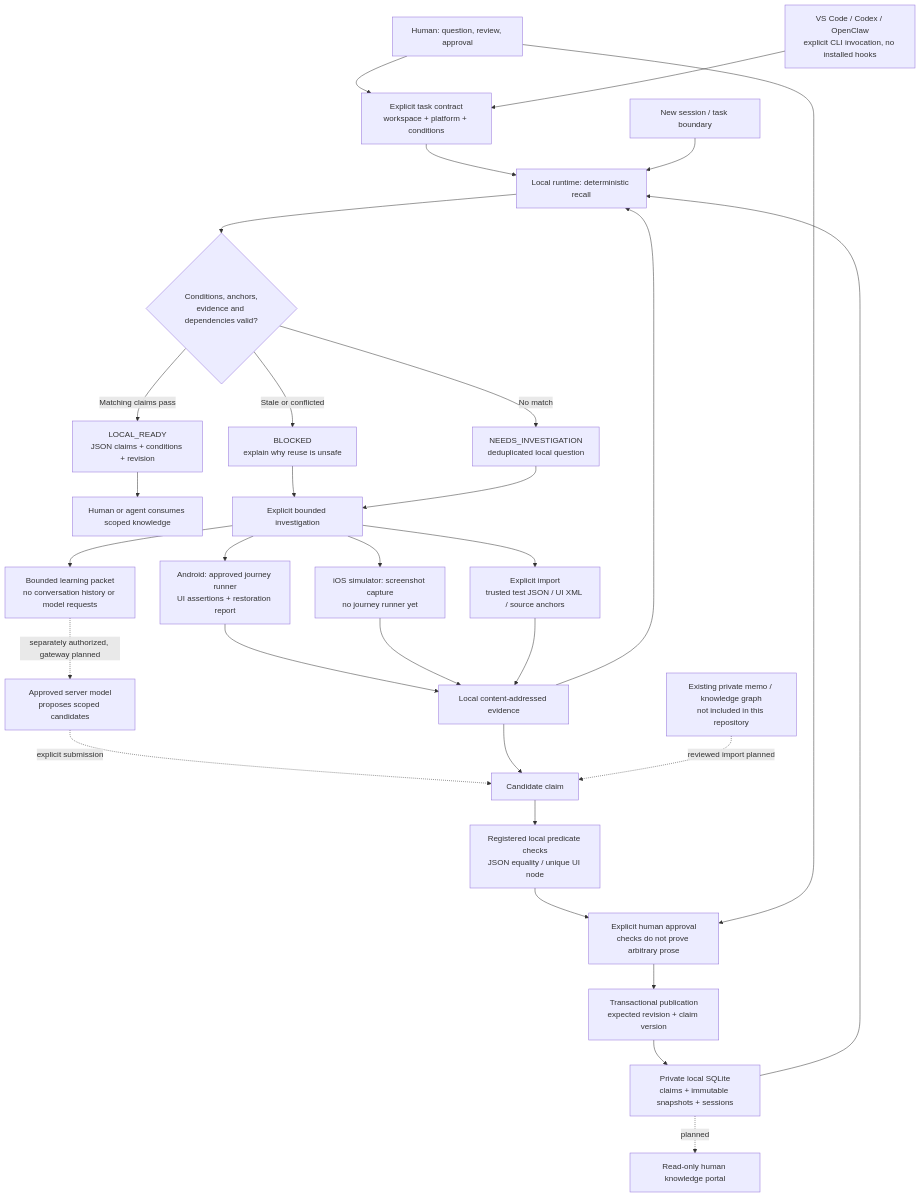
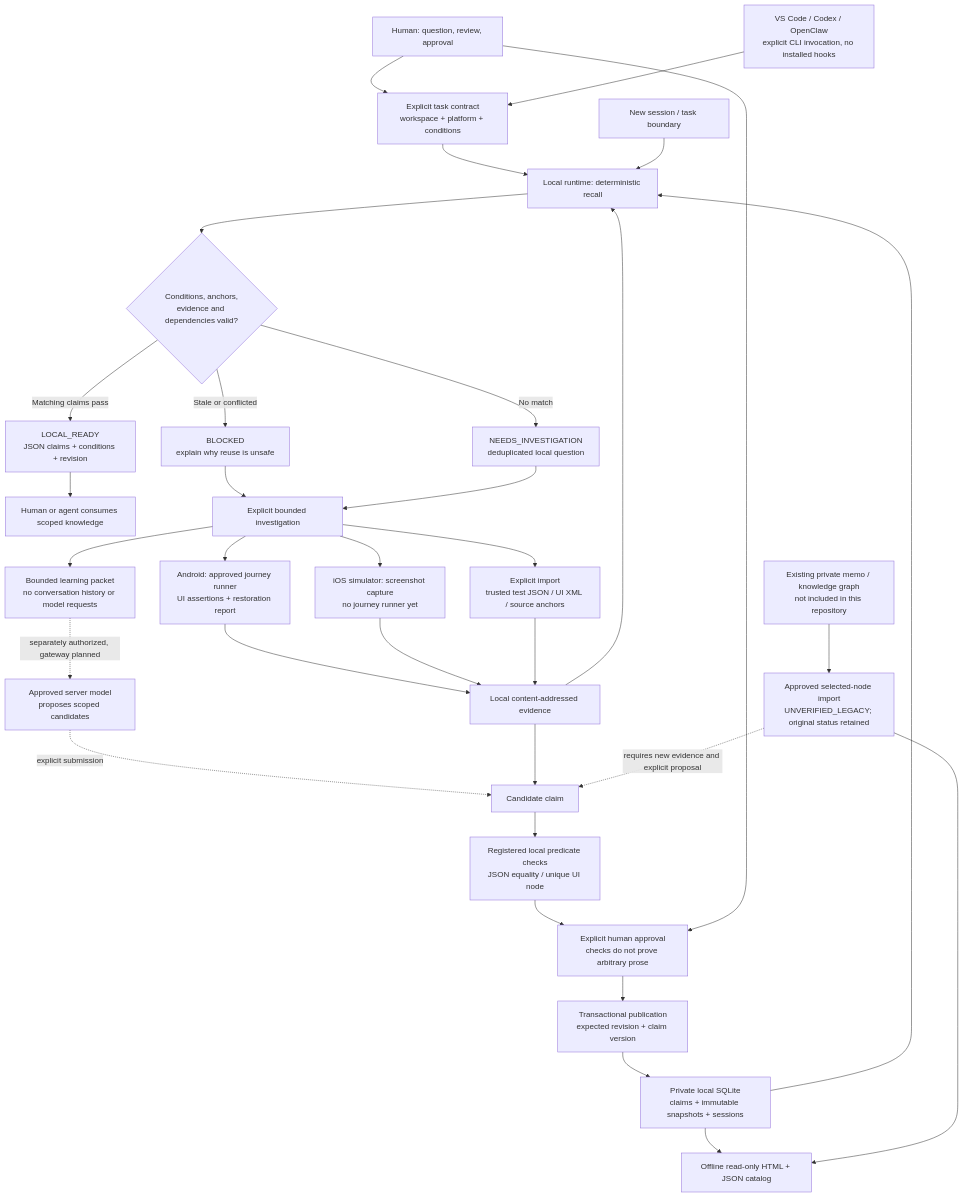
Before and after one commit to yuzhongqi/clone-yourself: the first of 2 diagrams in README.md, drawn with Mermaid. The commit also changed other lines of this file and 6 other files, not shown here.

First line of the commit message:
Deliver legacy intake, offline knowledge portal and real Android acceptance

````diff
--- a/README.md
+++ b/README.md
@@ -18,33 +18,35 @@
 ```mermaid
 flowchart TD
     Human["Human: question, review, approval"] --> Task["Explicit task contract<br/>workspace + platform + conditions"]
     Clients["VS Code / Codex / OpenClaw<br/>explicit CLI invocation, no installed hooks"] --> Task
     Task --> Recall["Local runtime: deterministic recall"]
     Recall --> Gate{"Conditions, anchors,<br/>evidence and dependencies valid?"}
     Gate -->|Matching claims pass| Ready["LOCAL_READY<br/>JSON claims + conditions + revision"]
     Ready --> Consumer["Human or agent consumes scoped knowledge"]
     Gate -->|Stale or conflicted| Blocked["BLOCKED<br/>explain why reuse is unsafe"]
     Gate -->|No match| Gap["NEEDS_INVESTIGATION<br/>deduplicated local question"]
     Blocked --> Investigate["Explicit bounded investigation"]
     Gap --> Investigate
     Investigate --> Android["Android: approved journey runner<br/>UI assertions + restoration report"]
     Investigate --> iOS["iOS simulator: screenshot capture<br/>no journey runner yet"]
     Investigate --> Import["Explicit import<br/>trusted test JSON / UI XML / source anchors"]
     Investigate --> Packet["Bounded learning packet<br/>no conversation history or model requests"]
     Packet -. separately authorized, gateway planned .-> Model["Approved server model<br/>proposes scoped candidates"]
     Model -. explicit submission .-> Candidate["Candidate claim"]
     Android --> Evidence["Local content-addressed evidence"]
     iOS --> Evidence
     Import --> Evidence
     Evidence --> Candidate
     Candidate --> Verify["Registered local predicate checks<br/>JSON equality / unique UI node"]
     Verify --> Review["Explicit human approval<br/>checks do not prove arbitrary prose"]
     Human --> Review
     Review --> Publish["Transactional publication<br/>expected revision + claim version"]
     Publish --> DB["Private local SQLite<br/>claims + immutable snapshots + sessions"]
     DB --> Recall
     Evidence --> Recall
     Next["New session / task boundary"] --> Recall
-    DB -. planned .-> Portal["Read-only human knowledge portal"]
-    Legacy["Existing private memo / knowledge graph<br/>not included in this repository"] -. reviewed import planned .-> Candidate
+    DB --> Portal["Offline read-only HTML + JSON catalog"]
+    Legacy["Existing private memo / knowledge graph<br/>not included in this repository"] --> Intake["Approved selected-node import<br/>UNVERIFIED_LEGACY; original status retained"]
+    Intake --> Portal
+    Intake -. requires new evidence and explicit proposal .-> Candidate
 ```
````
